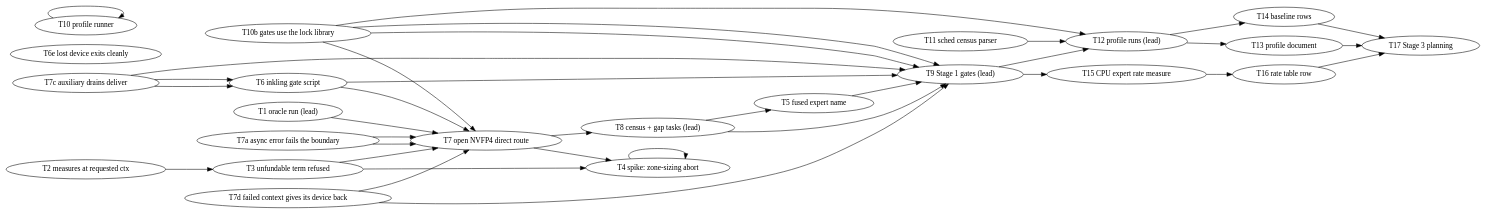
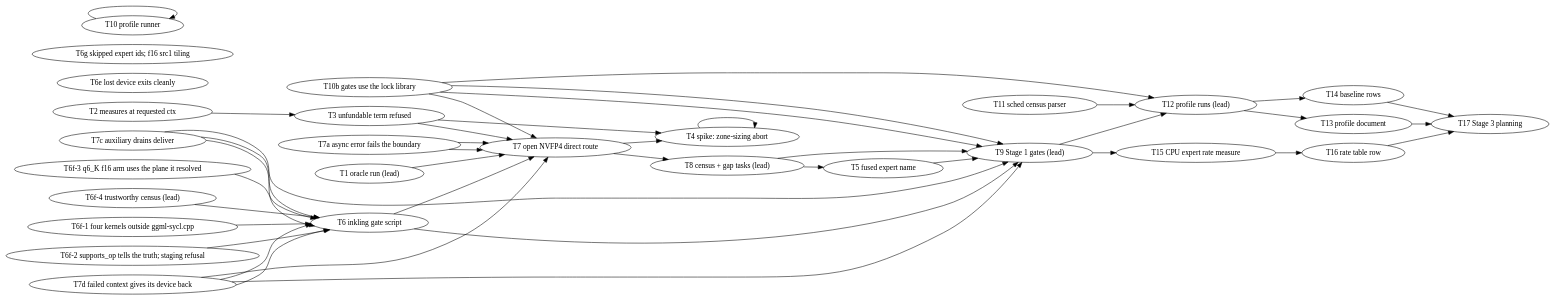
Before and after one commit to kainlan/llama.cpp-intel-optimizations: the diagram in docs/plans/2026-11-21-inkling2-mini-sycl-enable-profile-optimize.md, drawn with Graphviz. The commit also changed other lines of this file, not shown here.

````diff
--- a/docs/plans/2026-11-21-inkling2-mini-sycl-enable-profile-optimize.md
+++ b/docs/plans/2026-11-21-inkling2-mini-sycl-enable-profile-optimize.md
@@ -94,38 +96,44 @@
 ```dot
 digraph dependencies {
     rankdir=LR;
     1  [label="T1 oracle run (lead)"];
     2  [label="T2 measures at requested ctx"];
     3  [label="T3 unfundable term refused"];
     4  [label="T4 spike: zone-sizing abort"];
     4b [label="T4b zone-sizing refusal"];
     5  [label="T5 fused expert name"];
     6  [label="T6 inkling gate script"];
     6b [label="T6b GPT-OSS gate without -ngl"];
     6c [label="T6c spike: GPT-OSS default context loses the B50"];
     6d [label="T6d not-computed nodes are not executed"];
     6e [label="T6e lost device exits cleanly"];
+    6f1 [label="T6f-1 four kernels outside ggml-sycl.cpp"];
+    6f2 [label="T6f-2 supports_op tells the truth; staging refusal"];
+    6f3 [label="T6f-3 q6_K f16 arm uses the plane it resolved"];
+    6f4 [label="T6f-4 trustworthy census (lead)"];
+    6g [label="T6g skipped expert ids; f16 src1 tiling"];
     7a [label="T7a async error fails the boundary"];
     7d [label="T7d failed context gives its device back"];
     7b [label="T7b every queue has the handler"];
     7c [label="T7c auxiliary drains deliver"];
     7  [label="T7 open NVFP4 direct route"];
     8  [label="T8 census + gap tasks (lead)"];
     9  [label="T9 Stage 1 gates (lead)"];
     10 [label="T10 profile runner"];
     10b [label="T10b gates use the lock library"];
     11 [label="T11 sched census parser"];
     12 [label="T12 profile runs (lead)"];
     13 [label="T13 profile document"];
     14 [label="T14 baseline rows"];
     15 [label="T15 CPU expert rate measure"];
     16 [label="T16 rate table row"];
     17 [label="T17 Stage 3 planning"];
     2 -> 3; 3 -> 4b; 4 -> 4b; 7 -> 4b; 8 -> 5;
     1 -> 7a; 7a -> 7; 7a -> 7d; 7d -> 7b; 3 -> 7; 6 -> 7; 7 -> 8; 6c -> 6d; 6d -> 9; 7c -> 6e;
+    6d -> 6f1; 6d -> 6f2; 6f2 -> 6f3; 6f1 -> 6f4; 6f3 -> 6f4; 6f4 -> 6g;
     8 -> 9; 6 -> 9; 6b -> 9; 4b -> 9; 5 -> 9; 7b -> 7c; 7c -> 9;
     9 -> 12; 10 -> 10b; 10b -> 12; 11 -> 12;
     12 -> 13; 12 -> 14; 9 -> 15; 15 -> 16;
     13 -> 17; 14 -> 17; 16 -> 17;
 }
 ```
````
